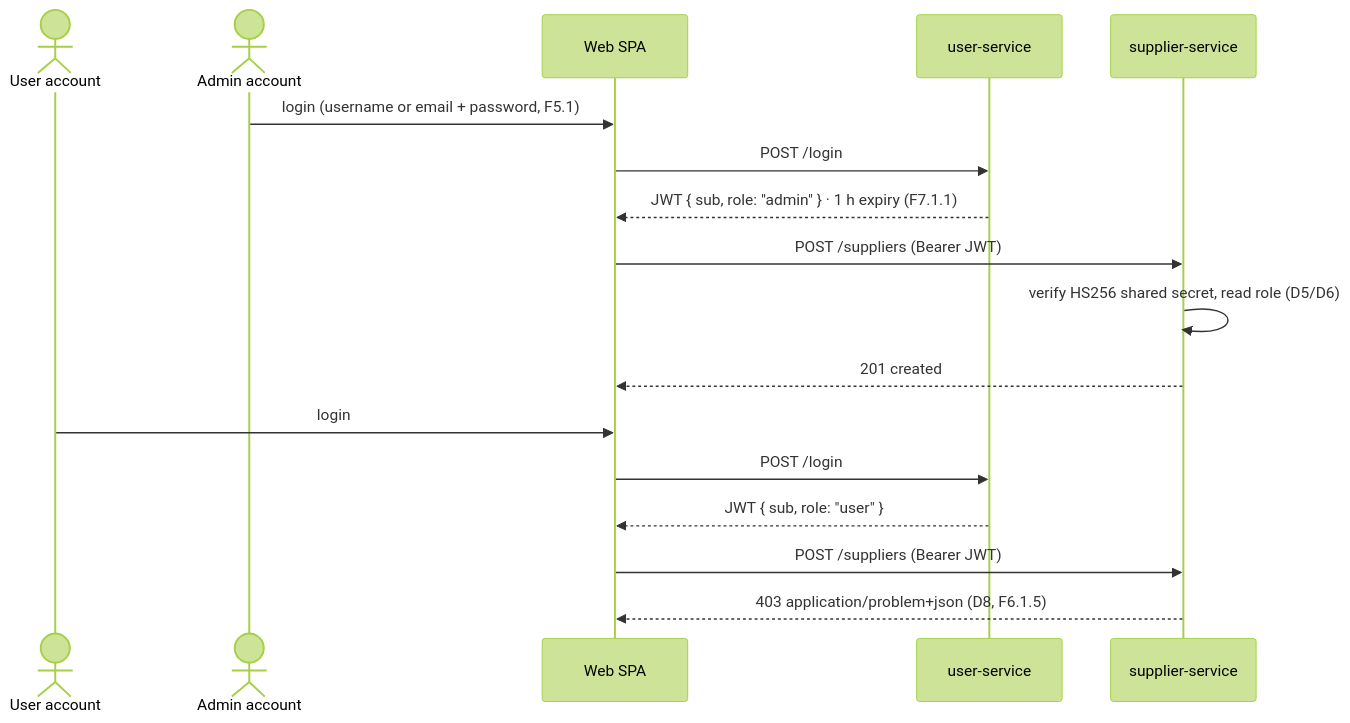
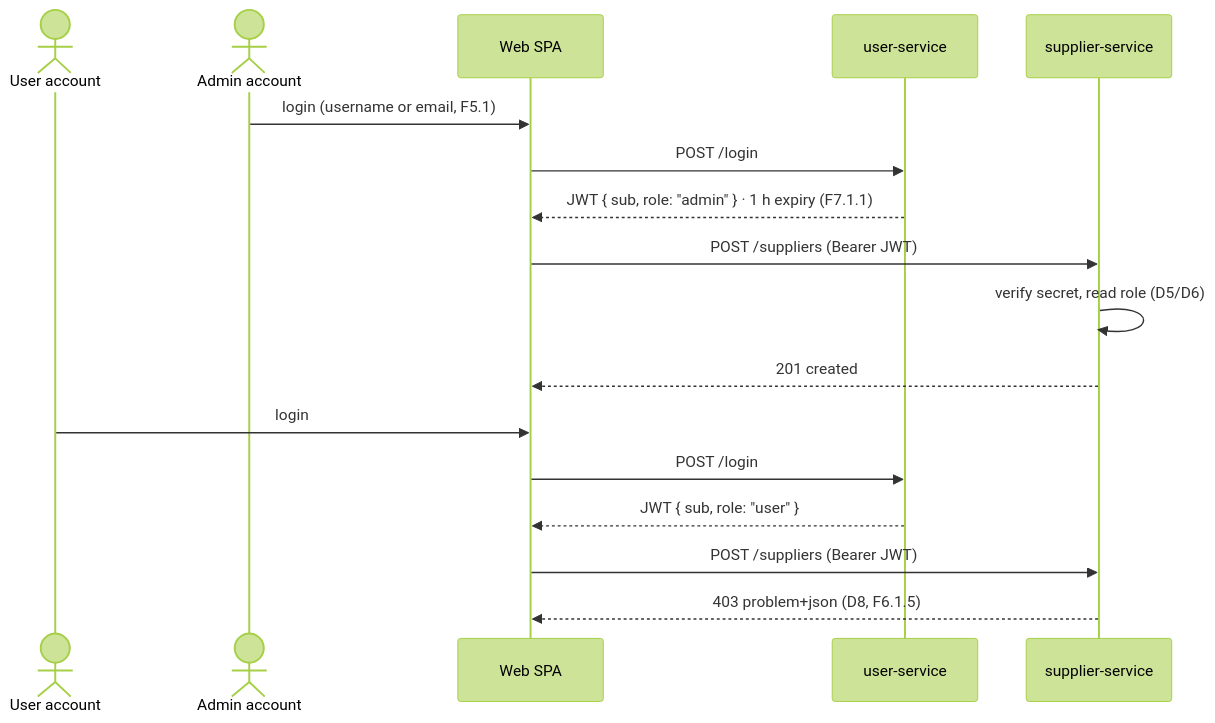
Before and after one commit to AY2627S1-CS3219-P23/foc: the fifth of 6 diagrams in docs/d2-progress-check.md, drawn with Mermaid (forest theme). The commit also changed other lines of this file and 1 other file, not shown here.

First line of the commit message:
docs: rewrite D2 readiness TRD for concision, diagrams over prose

````diff
--- a/docs/d2-progress-check.md
+++ b/docs/d2-progress-check.md
@@ -234,21 +225,21 @@
 ```mermaid
 sequenceDiagram
     actor U as User account
     actor A as Admin account
     participant SPA as Web SPA
     participant US as user-service
     participant SS as supplier-service
 
-    A->>SPA: login (username or email + password, F5.1)
+    A->>SPA: login (username or email, F5.1)
     SPA->>US: POST /login
     US-->>SPA: JWT { sub, role: "admin" } · 1 h expiry (F7.1.1)
     SPA->>SS: POST /suppliers (Bearer JWT)
-    SS->>SS: verify HS256 shared secret, read role (D5/D6)
+    SS->>SS: verify secret, read role (D5/D6)
     SS-->>SPA: 201 created
 
     U->>SPA: login
     SPA->>US: POST /login
     US-->>SPA: JWT { sub, role: "user" }
     SPA->>SS: POST /suppliers (Bearer JWT)
-    SS-->>SPA: 403 application/problem+json (D8, F6.1.5)
+    SS-->>SPA: 403 problem+json (D8, F6.1.5)
 ```
````
